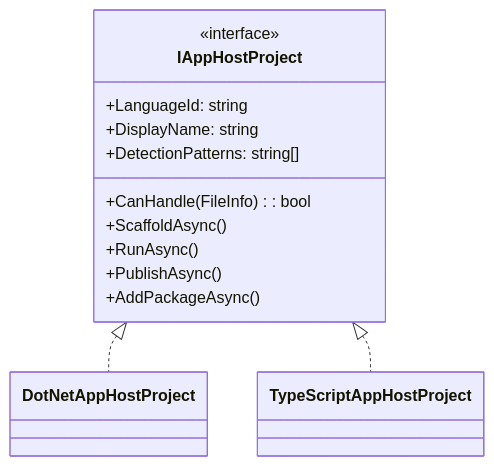
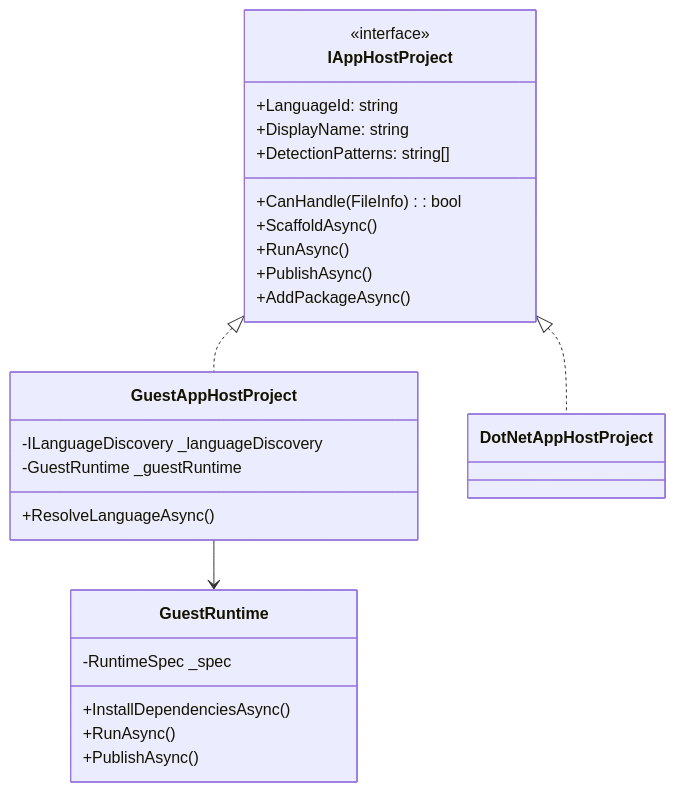
Before and after one commit to dotnet/aspire: the seventh of 7 diagrams in docs/specs/polyglot-apphost.md, drawn with Mermaid. The commit also changed other lines of this file, not shown here.

Commit message:
feat: Enhance CLI architecture documentation for polyglot app host support

````diff
--- a/docs/specs/polyglot-apphost.md
+++ b/docs/specs/polyglot-apphost.md
@@ -970,17 +1116,31 @@
 ```mermaid
 classDiagram
     class IAppHostProject {
         <<interface>>
         +LanguageId: string
         +DisplayName: string
         +DetectionPatterns: string[]
         +CanHandle(FileInfo): bool
         +ScaffoldAsync()
         +RunAsync()
         +PublishAsync()
         +AddPackageAsync()
     }
 
+    class GuestAppHostProject {
+        -ILanguageDiscovery _languageDiscovery
+        -GuestRuntime _guestRuntime
+        +ResolveLanguageAsync()
+    }
+
+    class GuestRuntime {
+        -RuntimeSpec _spec
+        +InstallDependenciesAsync()
+        +RunAsync()
+        +PublishAsync()
+    }
+
     IAppHostProject <|.. DotNetAppHostProject
-    IAppHostProject <|.. TypeScriptAppHostProject
+    IAppHostProject <|.. GuestAppHostProject
+    GuestAppHostProject --> GuestRuntime
 ```
````
